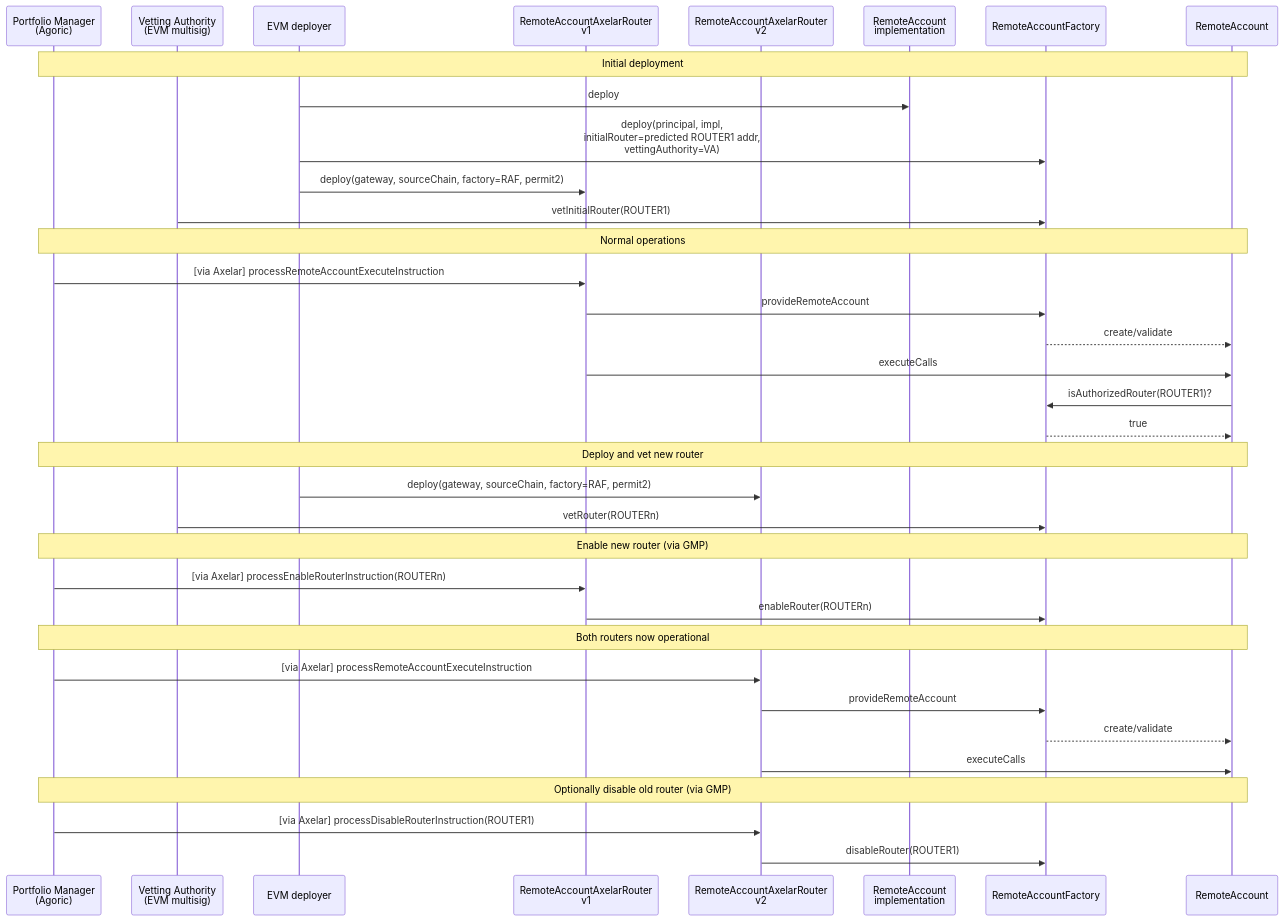
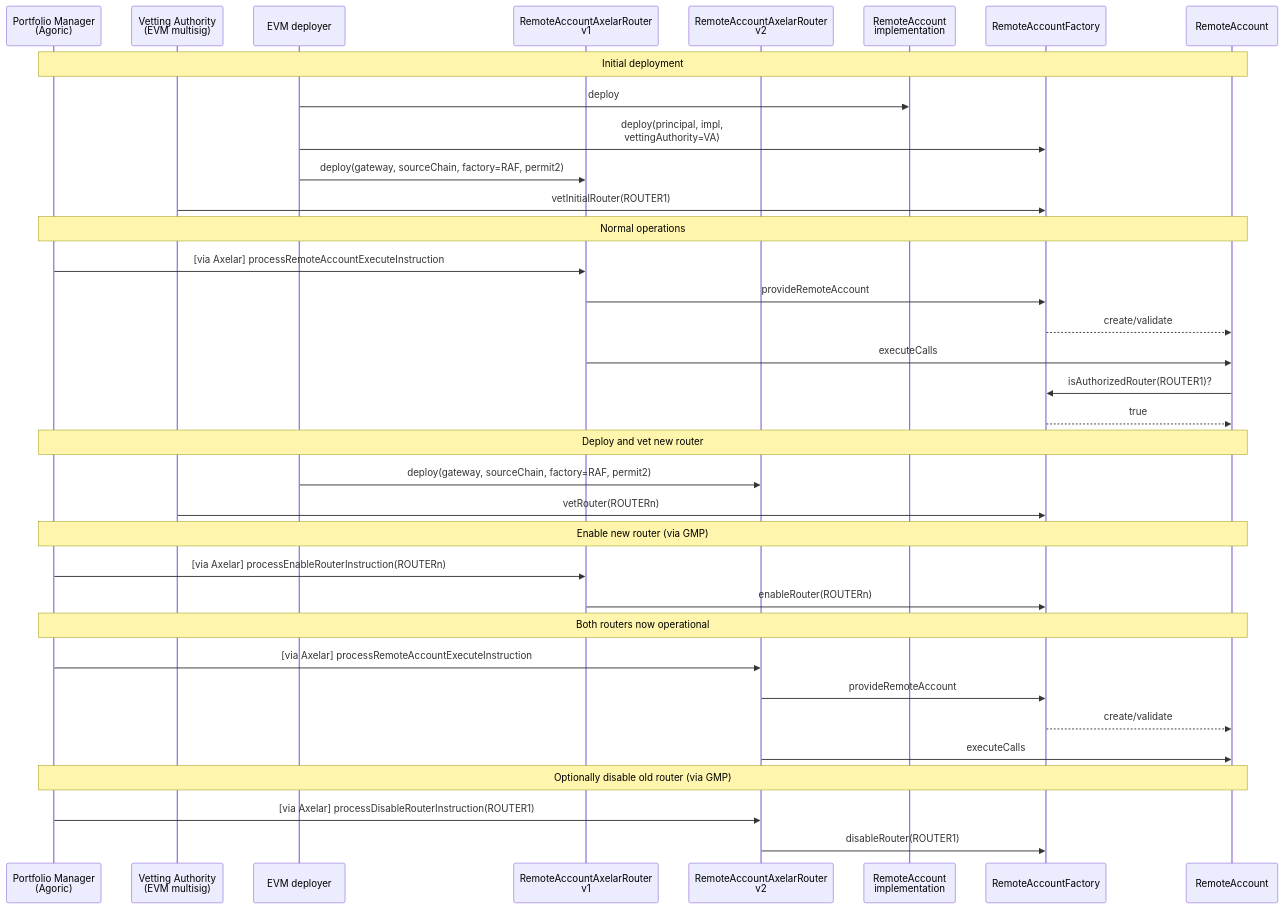
Before and after one commit to agoric-labs/agoric-to-axelar-local: the tenth of 10 diagrams in packages/axelar-local-dev-cosmos/src/contracts/design.md, drawn with Mermaid. The commit also changed other lines of this file, not shown here.

Commit message:
chore: fix design doc — update initialize signature and factory constructor diagram

````diff
--- a/packages/axelar-local-dev-cosmos/src/contracts/design.md
+++ b/packages/axelar-local-dev-cosmos/src/contracts/design.md
@@ -668,43 +668,43 @@
 ```mermaid
 sequenceDiagram
     participant PM as Portfolio Manager<br>(Agoric)
     participant VA as Vetting Authority<br>(EVM multisig)
     participant EVM_DEPLOYER as EVM deployer
     participant ROUTER1 as RemoteAccountAxelarRouter<br>v1
     participant ROUTERn as RemoteAccountAxelarRouter<br>v2
     participant IMP as RemoteAccount<br>implementation
     participant RAF as RemoteAccountFactory
     participant RA as RemoteAccount
 
     Note over PM,RA: Initial deployment
     EVM_DEPLOYER->>IMP: deploy
-    EVM_DEPLOYER->>RAF: deploy(principal, impl,<br>initialRouter=predicted ROUTER1 addr,<br>vettingAuthority=VA)
+    EVM_DEPLOYER->>RAF: deploy(principal, impl,<br>vettingAuthority=VA)
     EVM_DEPLOYER->>ROUTER1: deploy(gateway, sourceChain, factory=RAF, permit2)
     VA->>RAF: vetInitialRouter(ROUTER1)
 
     Note over PM,RA: Normal operations
     PM->>ROUTER1: [via Axelar] processRemoteAccountExecuteInstruction
     ROUTER1->>RAF: provideRemoteAccount
     RAF-->>RA: create/validate
     ROUTER1->>RA: executeCalls
     RA->>RAF: isAuthorizedRouter(ROUTER1)?
     RAF-->>RA: true
 
     Note over PM,RA: Deploy and vet new router
     EVM_DEPLOYER->>ROUTERn: deploy(gateway, sourceChain, factory=RAF, permit2)
     VA->>RAF: vetRouter(ROUTERn)
 
     Note over PM,RA: Enable new router (via GMP)
     PM->>ROUTER1: [via Axelar] processEnableRouterInstruction(ROUTERn)
     ROUTER1->>RAF: enableRouter(ROUTERn)
 
     Note over PM,RA: Both routers now operational
     PM->>ROUTERn: [via Axelar] processRemoteAccountExecuteInstruction
     ROUTERn->>RAF: provideRemoteAccount
     RAF-->>RA: create/validate
     ROUTERn->>RA: executeCalls
 
     Note over PM,RA: Optionally disable old router (via GMP)
     PM->>ROUTERn: [via Axelar] processDisableRouterInstruction(ROUTER1)
     ROUTERn->>RAF: disableRouter(ROUTER1)
 ```
````
